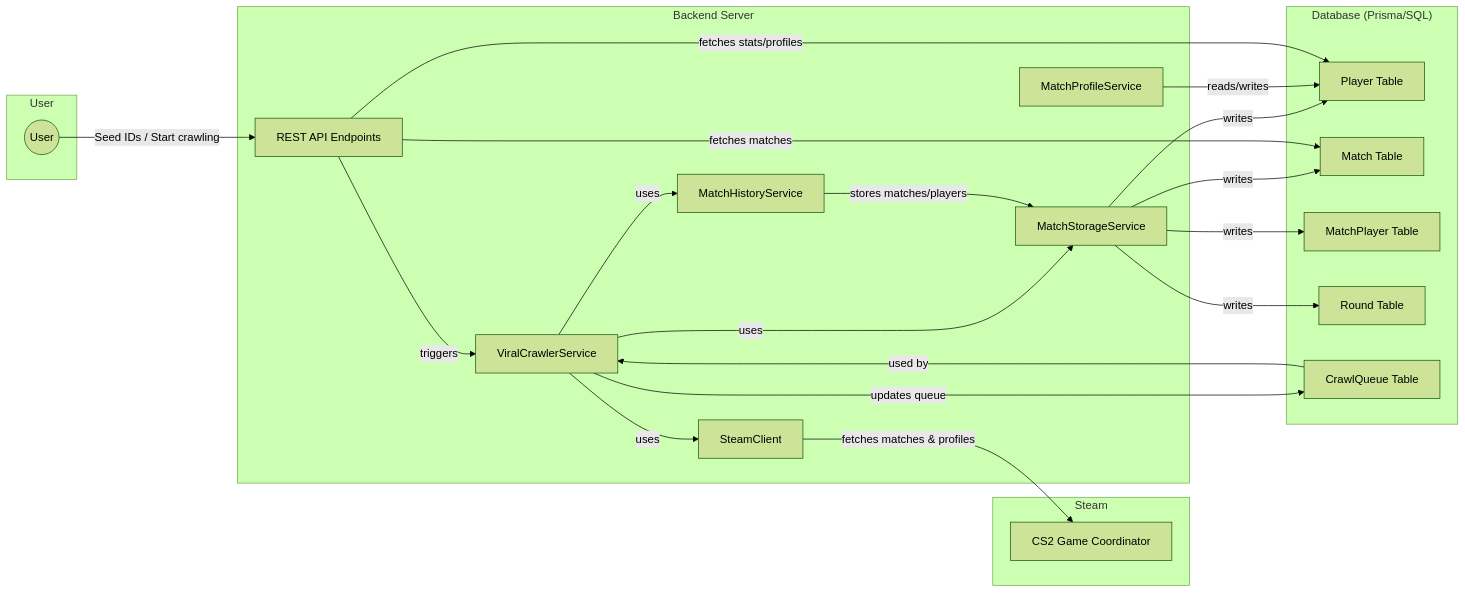
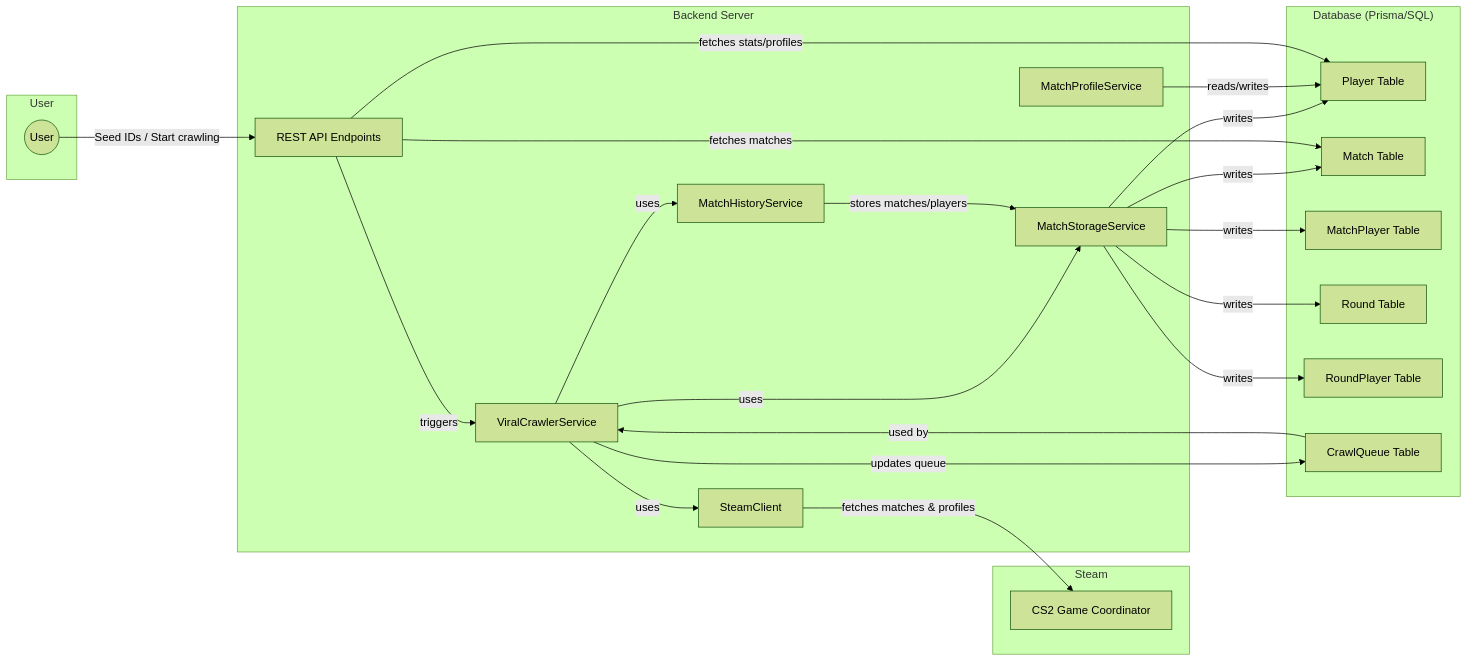
One commit to BryanRPLee/SpyGlass changed the first of 3 diagrams in README.md. Above: the diagram before and after it, drawn with Mermaid (forest theme). The commit also changed other lines of this file, not shown here.

````diff
--- a/README.md
+++ b/README.md
@@ -84,48 +84,50 @@
 ```mermaid
 graph LR
   subgraph User
     U1((User))
   end
 
   subgraph Steam
     STEAM[CS2 Game Coordinator]
   end
 
   subgraph Backend["Backend Server"]
     API[REST API Endpoints]
     SteamClient["SteamClient"]
     Crawler["ViralCrawlerService"]
     MHService["MatchHistoryService"]
     MPService["MatchProfileService"]
     MStorage["MatchStorageService"]
   end
 
   subgraph DB["Database (Prisma/SQL)"]
     PlayerTable["Player Table"]
     MatchTable["Match Table"]
     MatchPlayerTable["MatchPlayer Table"]
     RoundTable["Round Table"]
+    RoundPlayerTable["RoundPlayer Table"]
     CrawlQueue["CrawlQueue Table"]
   end
 
   U1 -- Seed IDs / Start crawling --> API
   API -- triggers --> Crawler
   Crawler -- uses --> SteamClient
   SteamClient -- fetches matches & profiles --> STEAM
 
   Crawler -- uses --> MHService
   Crawler -- uses --> MStorage
   Crawler -- updates queue --> CrawlQueue
 
   MHService -- stores matches/players --> MStorage
   MStorage -- writes --> PlayerTable
   MStorage -- writes --> MatchTable
   MStorage -- writes --> MatchPlayerTable
   MStorage -- writes --> RoundTable
+  MStorage -- writes --> RoundPlayerTable
 
   CrawlQueue -- used by --> Crawler
 
   MPService -- reads/writes --> PlayerTable
   API -- fetches stats/profiles --> PlayerTable
   API -- fetches matches --> MatchTable
 ```
````
